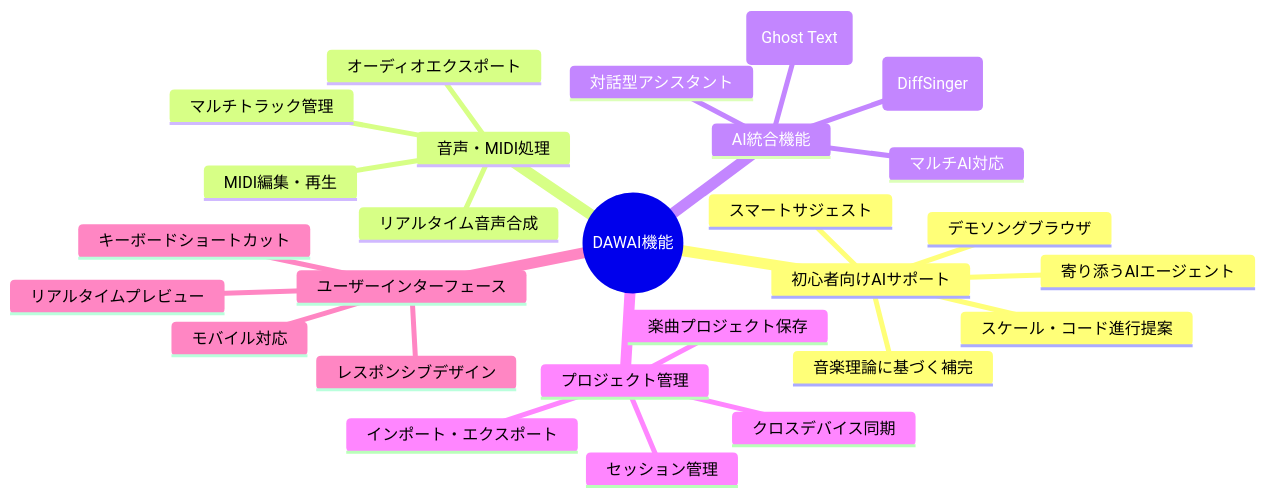
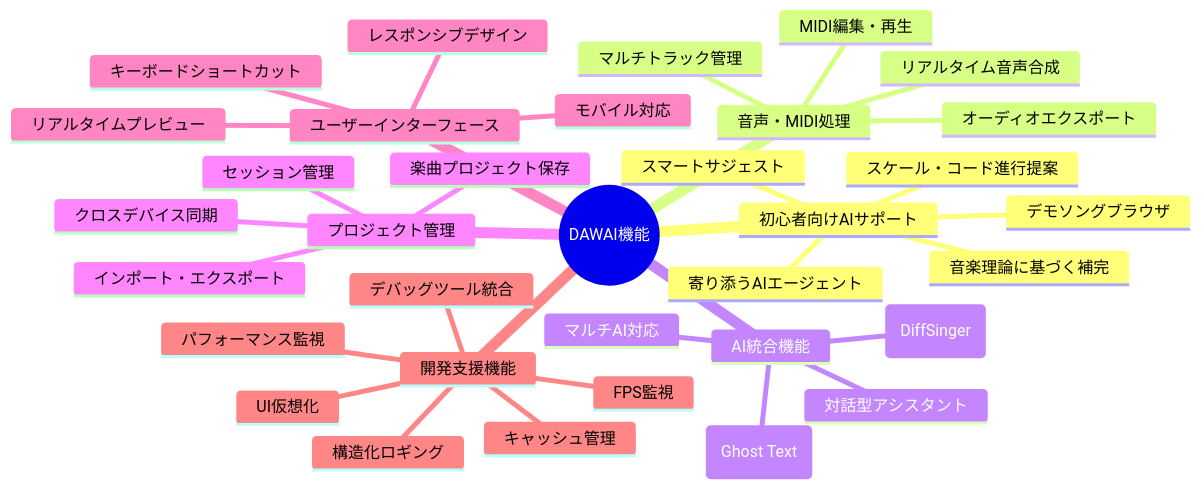
One commit to uni963/DAWAI_server changed the diagram in specs/requirements/functional/L1_index.md. Above: the diagram before and after it, drawn with Mermaid. The commit also changed other lines of this file and 30 other files, not shown here.

````diff
--- a/specs/requirements/functional/L1_index.md
+++ b/specs/requirements/functional/L1_index.md
@@ -21,30 +21,37 @@
 ```mermaid
 mindmap
   root((DAWAI機能))
     初心者向けAIサポート
       音楽理論に基づく補完
       スケール・コード進行提案
       寄り添うAIエージェント
       デモソングブラウザ
       スマートサジェスト
     音声・MIDI処理
       リアルタイム音声合成
       MIDI編集・再生
       マルチトラック管理
       オーディオエクスポート
     AI統合機能
       対話型アシスタント
       歌声合成(DiffSinger)
       テキスト補完(Ghost Text)
       マルチAI対応
     プロジェクト管理
       楽曲プロジェクト保存
       セッション管理
       インポート・エクスポート
       クロスデバイス同期
     ユーザーインターフェース
       レスポンシブデザイン
       リアルタイムプレビュー
       キーボードショートカット
       モバイル対応
+    開発支援機能
+      デバッグツール統合
+      パフォーマンス監視
+      構造化ロギング
+      FPS監視
+      UI仮想化
+      キャッシュ管理
 ```
````
